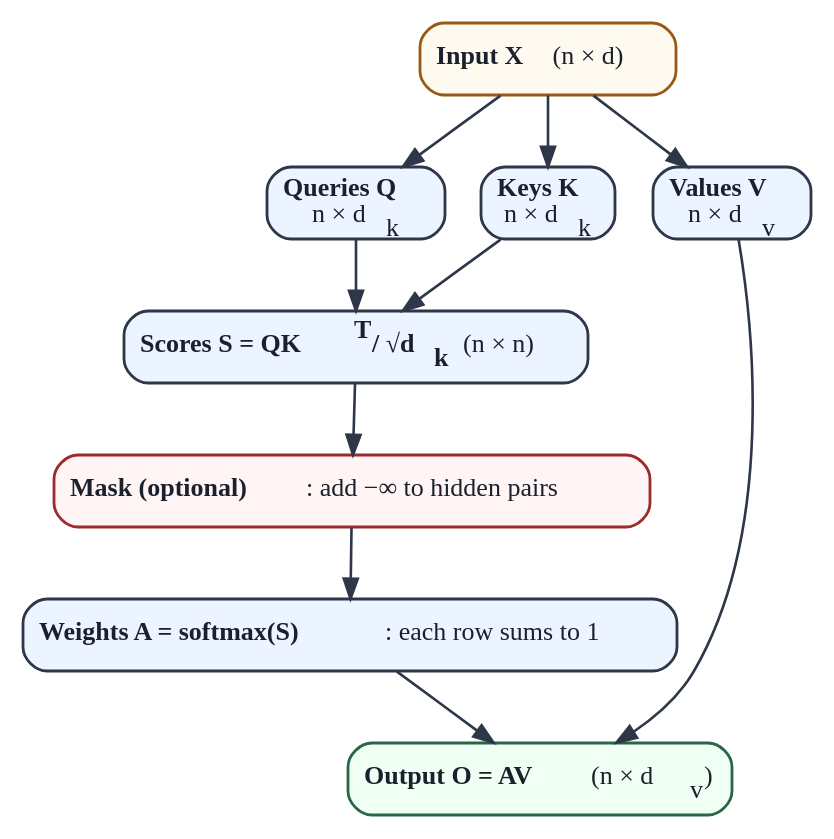
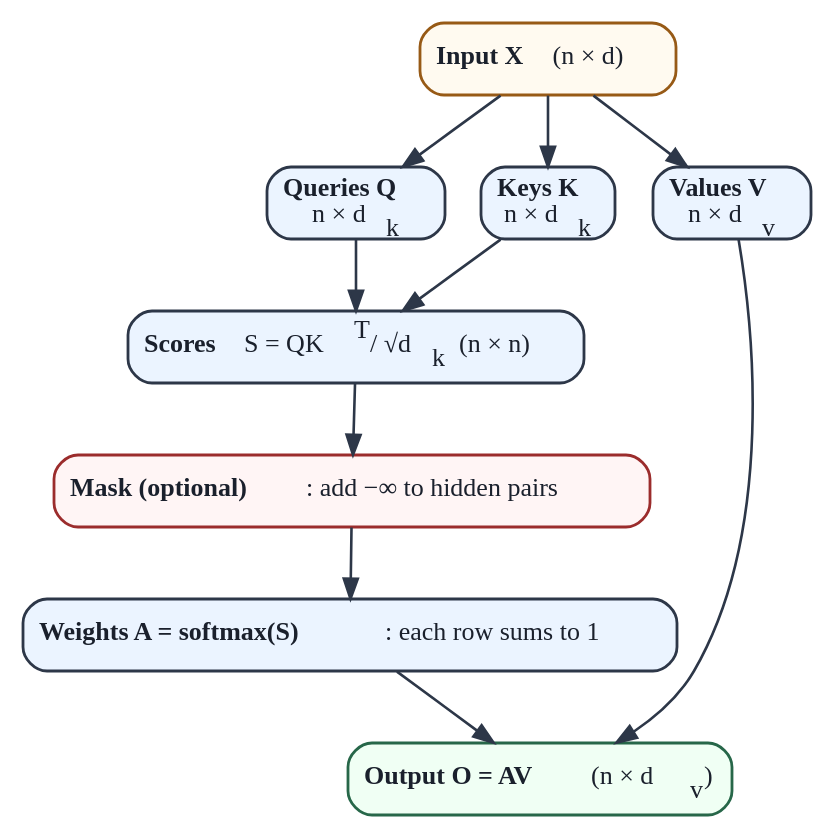
Before and after one commit to Beaker12/llmatlas: the diagram in chapters/01-foundations/figures/scaled_dot_product_attention.dot, drawn with Graphviz. The commit also changed 11 other files, not shown here.

First line of the commit message:
Chapter 1: decoder sublayer order, RoPE component notation, notebook copies, schematic text runs

```diff
--- a/chapters/01-foundations/figures/scaled_dot_product_attention.dot
+++ b/chapters/01-foundations/figures/scaled_dot_product_attention.dot
@@ -1,22 +1,22 @@
 digraph ScaledDotProductAttention {
     graph [fontname="Arial" fontsize=13 bgcolor=white];
 
     x [label=<<b>Input X</b>  (n × d)> shape=box style="rounded,filled" fillcolor="#fffaf0" color="#975a16" penwidth=1.4 fontsize=13 fontcolor="#1a202c"];
     q [label=<<b>Queries Q</b><br/>n × d<sub>k</sub>> shape=box style="rounded,filled" fillcolor="#ebf4ff" color="#2d3748" penwidth=1.4 fontsize=13 fontcolor="#1a202c"];
     k [label=<<b>Keys K</b><br/>n × d<sub>k</sub>> shape=box style="rounded,filled" fillcolor="#ebf4ff" color="#2d3748" penwidth=1.4 fontsize=13 fontcolor="#1a202c"];
     v [label=<<b>Values V</b><br/>n × d<sub>v</sub>> shape=box style="rounded,filled" fillcolor="#ebf4ff" color="#2d3748" penwidth=1.4 fontsize=13 fontcolor="#1a202c"];
     { rank=same; q; k; v; }
-    s [label=<<b>Scores S = QK<sup>T</sup> / √d<sub>k</sub></b>   (n × n)> shape=box style="rounded,filled" fillcolor="#ebf4ff" color="#2d3748" penwidth=1.4 fontsize=13 fontcolor="#1a202c"];
+    s [label=<<b>Scores</b> S = QK<sup>T</sup> / √d<sub>k</sub>   (n × n)> shape=box style="rounded,filled" fillcolor="#ebf4ff" color="#2d3748" penwidth=1.4 fontsize=13 fontcolor="#1a202c"];
     m [label=<<b>Mask (optional)</b>: add −∞ to hidden pairs> shape=box style="rounded,filled" fillcolor="#fff5f5" color="#9b2c2c" penwidth=1.4 fontsize=13 fontcolor="#1a202c"];
     a [label=<<b>Weights A = softmax(S)</b>: each row sums to 1> shape=box style="rounded,filled" fillcolor="#ebf4ff" color="#2d3748" penwidth=1.4 fontsize=13 fontcolor="#1a202c"];
     o [label=<<b>Output O = AV</b>   (n × d<sub>v</sub>)> shape=box style="rounded,filled" fillcolor="#f0fff4" color="#276749" penwidth=1.4 fontsize=13 fontcolor="#1a202c"];
     x -> q [color="#2d3748" penwidth=1.3 fontsize=12 fontcolor="#1a202c"];
     x -> k [color="#2d3748" penwidth=1.3 fontsize=12 fontcolor="#1a202c"];
     x -> v [color="#2d3748" penwidth=1.3 fontsize=12 fontcolor="#1a202c"];
     q -> s [color="#2d3748" penwidth=1.3 fontsize=12 fontcolor="#1a202c"];
     k -> s [color="#2d3748" penwidth=1.3 fontsize=12 fontcolor="#1a202c"];
     s -> m [color="#2d3748" penwidth=1.3 fontsize=12 fontcolor="#1a202c"];
     m -> a [color="#2d3748" penwidth=1.3 fontsize=12 fontcolor="#1a202c"];
     a -> o [color="#2d3748" penwidth=1.3 fontsize=12 fontcolor="#1a202c"];
     v -> o [color="#2d3748" penwidth=1.3 fontsize=12 fontcolor="#1a202c"];
 }
```
